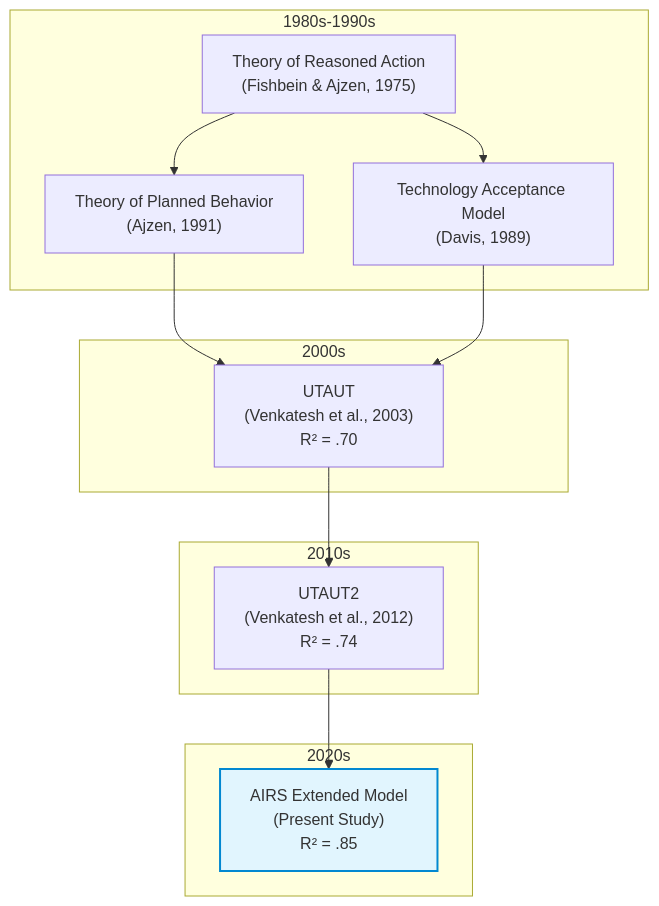
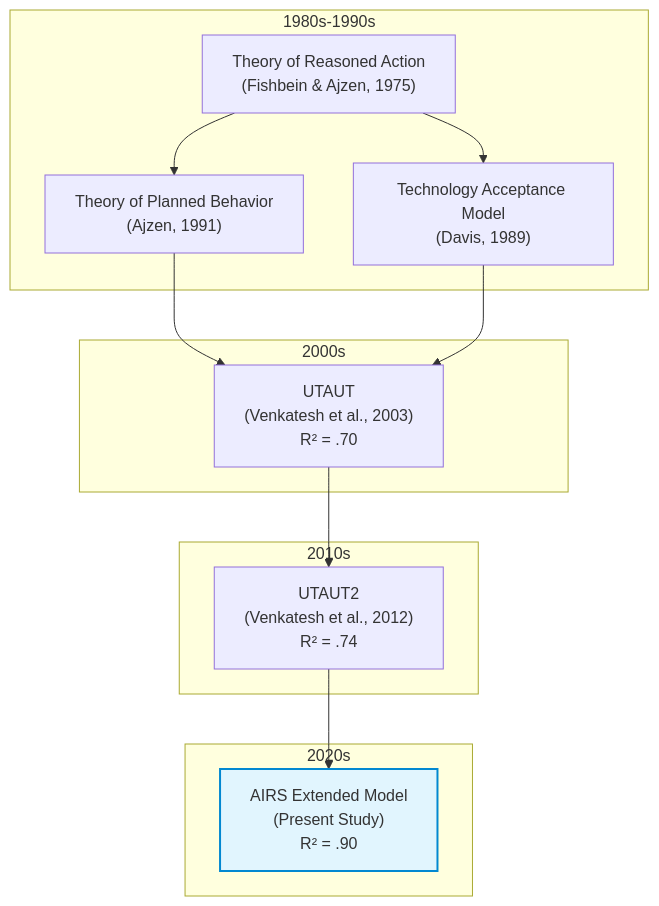
The first of 3 diagrams in thesis-v2/manuscript/chapters/02_literature_review.md (fabioc-aloha/AIRS_Data_Analysis), drawn with Mermaid before and after one commit. The commit also changed other lines of this file and 34 other files, not shown here.

````diff
--- a/thesis-v2/manuscript/chapters/02_literature_review.md
+++ b/thesis-v2/manuscript/chapters/02_literature_review.md
@@ -65,29 +65,29 @@
 ```mermaid
 flowchart TD
     subgraph "1980s-1990s"
         TRA["Theory of Reasoned Action<br/>(Fishbein & Ajzen, 1975)"]
         TPB["Theory of Planned Behavior<br/>(Ajzen, 1991)"]
         TAM["Technology Acceptance Model<br/>(Davis, 1989)"]
     end
 
     subgraph "2000s"
         UTAUT["UTAUT<br/>(Venkatesh et al., 2003)<br/>R² = .70"]
     end
 
     subgraph "2010s"
         UTAUT2["UTAUT2<br/>(Venkatesh et al., 2012)<br/>R² = .74"]
     end
 
     subgraph "2020s"
-        AIRS["AIRS Extended Model<br/>(Present Study)<br/>R² = .85"]
+        AIRS["AIRS Extended Model<br/>(Present Study)<br/>R² = .90"]
     end
 
     TRA --> TPB
     TRA --> TAM
     TPB --> UTAUT
     TAM --> UTAUT
     UTAUT --> UTAUT2
     UTAUT2 --> AIRS
 
     style AIRS fill:#e1f5fe,stroke:#0288d1,stroke-width:2px
 ```
````
